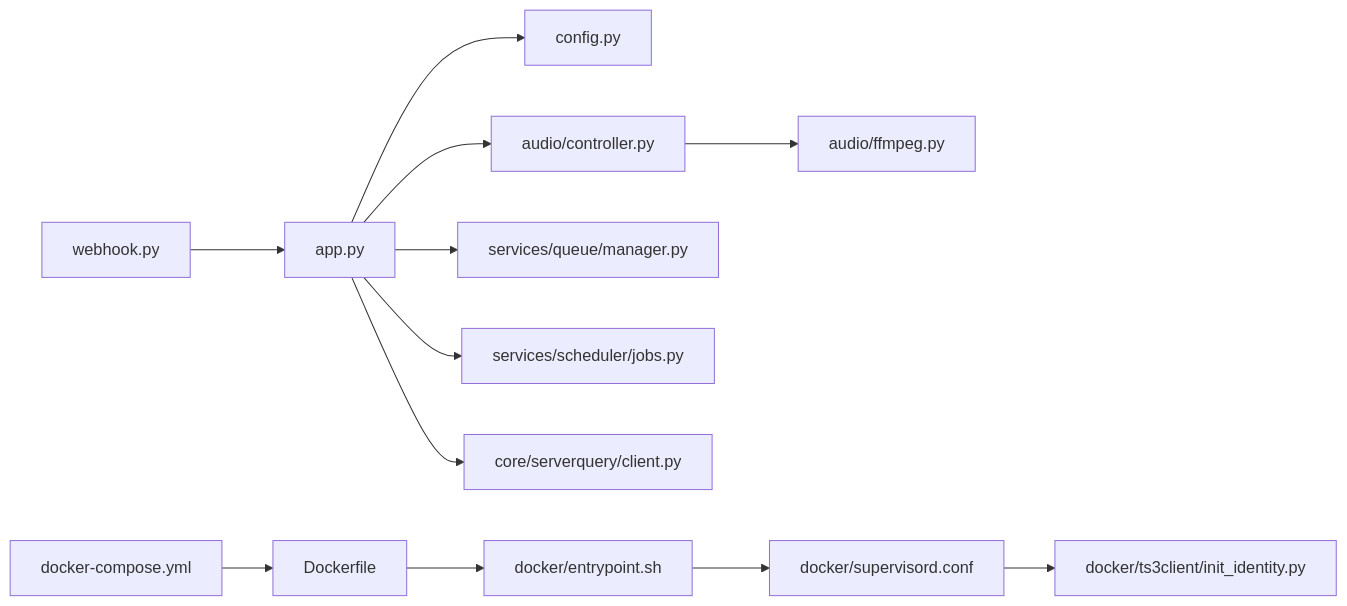
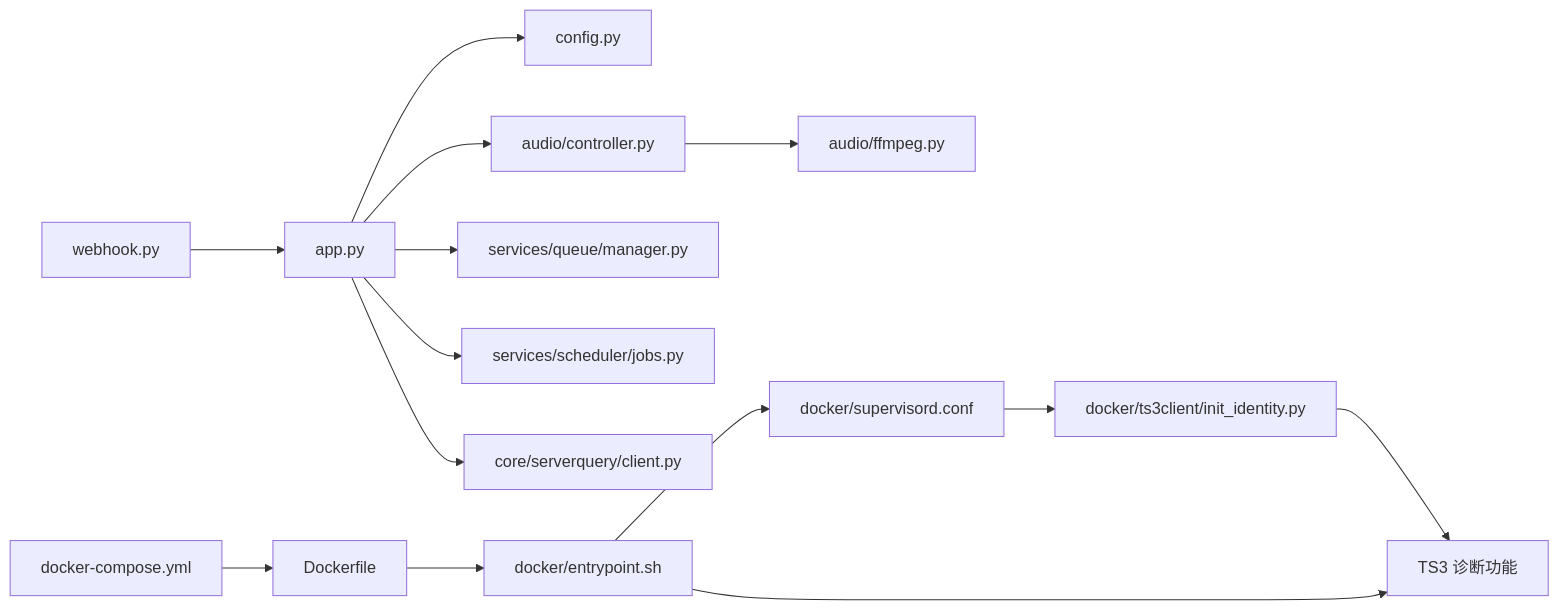
Before and after one commit to GhoulOwl/Teamspeak3_Bot: the eighth of 8 diagrams in .qoder/repowiki/zh/content/部署和运维/监控与维护.md, drawn with Mermaid. The commit also changed other lines of this file and 7 other files, not shown here.

````diff
--- a/.qoder/repowiki/zh/content/部署和运维/监控与维护.md
+++ b/.qoder/repowiki/zh/content/部署和运维/监控与维护.md
@@ -293,14 +335,16 @@
 ```mermaid
 graph LR
 WH["webhook.py"] --> APP["app.py"]
 APP --> CFG["config.py"]
 APP --> AC["audio/controller.py"]
 AC --> FF["audio/ffmpeg.py"]
 APP --> MQ["services/queue/manager.py"]
 APP --> SCH["services/scheduler/jobs.py"]
 APP --> SQ["core/serverquery/client.py"]
 DC["docker-compose.yml"] --> DF["Dockerfile"]
 DF --> EP["docker/entrypoint.sh"]
 EP --> SV["docker/supervisord.conf"]
 SV --> TSID["docker/ts3client/init_identity.py"]
+TSID --> TS3["TS3 诊断功能"]
+EP --> TS3
 ```
````
